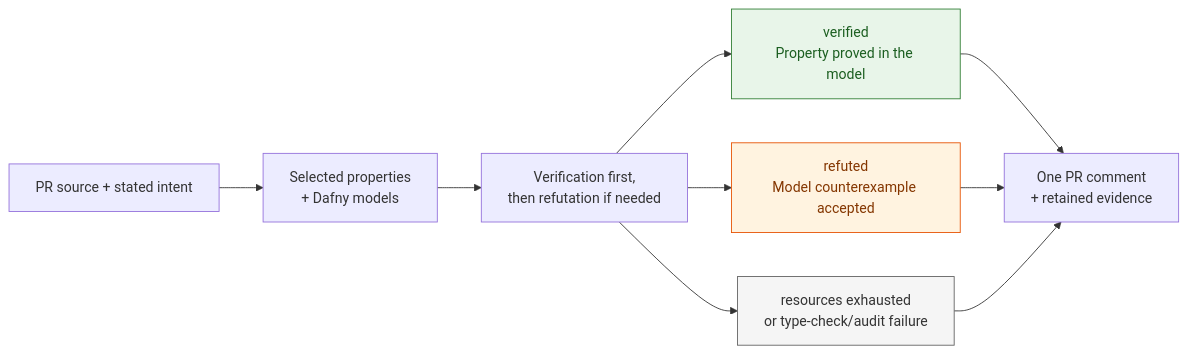
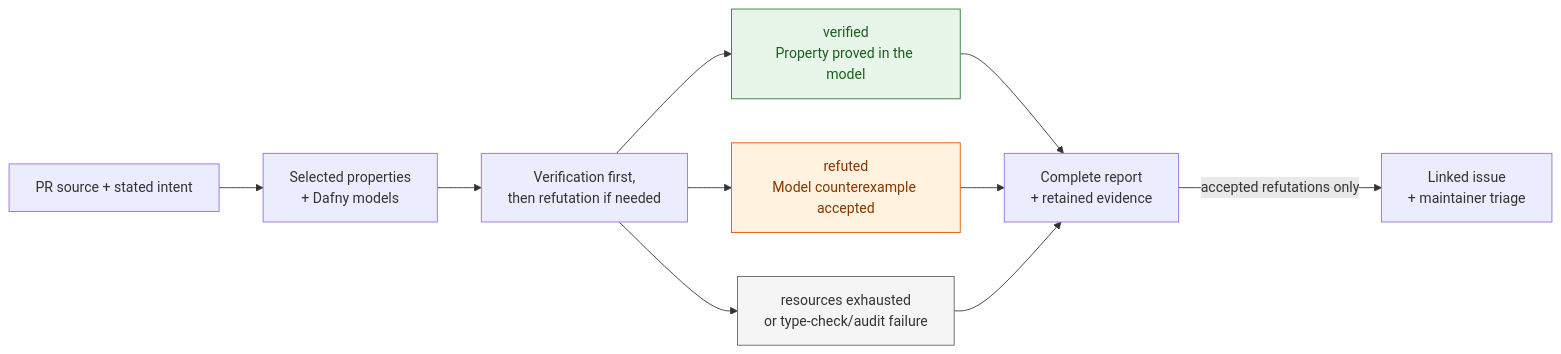
One commit to microsoft/neuro-formal-verification changed the diagram in workflow/README.md. Above: the diagram before and after it, drawn with Mermaid. The commit also changed other lines of this file and 20 other files, not shown here.

````diff
--- a/workflow/README.md
+++ b/workflow/README.md
@@ -20,17 +22,18 @@
 ```mermaid
 flowchart LR
     PR["PR source + stated intent"] --> Properties["Selected properties<br/>+ Dafny models"]
     Properties --> Checks["Verification first,<br/>then refutation if needed"]
     Checks --> Verified["verified<br/>Property proved in the model"]
     Checks --> Refuted["refuted<br/>Model counterexample accepted"]
     Checks --> Unresolved["resources exhausted<br/>or type-check/audit failure"]
-    Verified --> Report["One PR comment<br/>+ retained evidence"]
+    Verified --> Report["Complete report<br/>+ retained evidence"]
     Refuted --> Report
     Unresolved --> Report
+    Report -->|"accepted refutations only"| Issue["Linked issue<br/>+ maintainer triage"]
     classDef proved fill:#e8f5e9,stroke:#2e7d32,color:#1b5e20
     classDef refuted fill:#fff3e0,stroke:#e65100,color:#843600
     classDef unresolved fill:#f5f5f5,stroke:#616161,color:#333333
     class Verified proved
     class Refuted refuted
     class Unresolved unresolved
 ```
````
